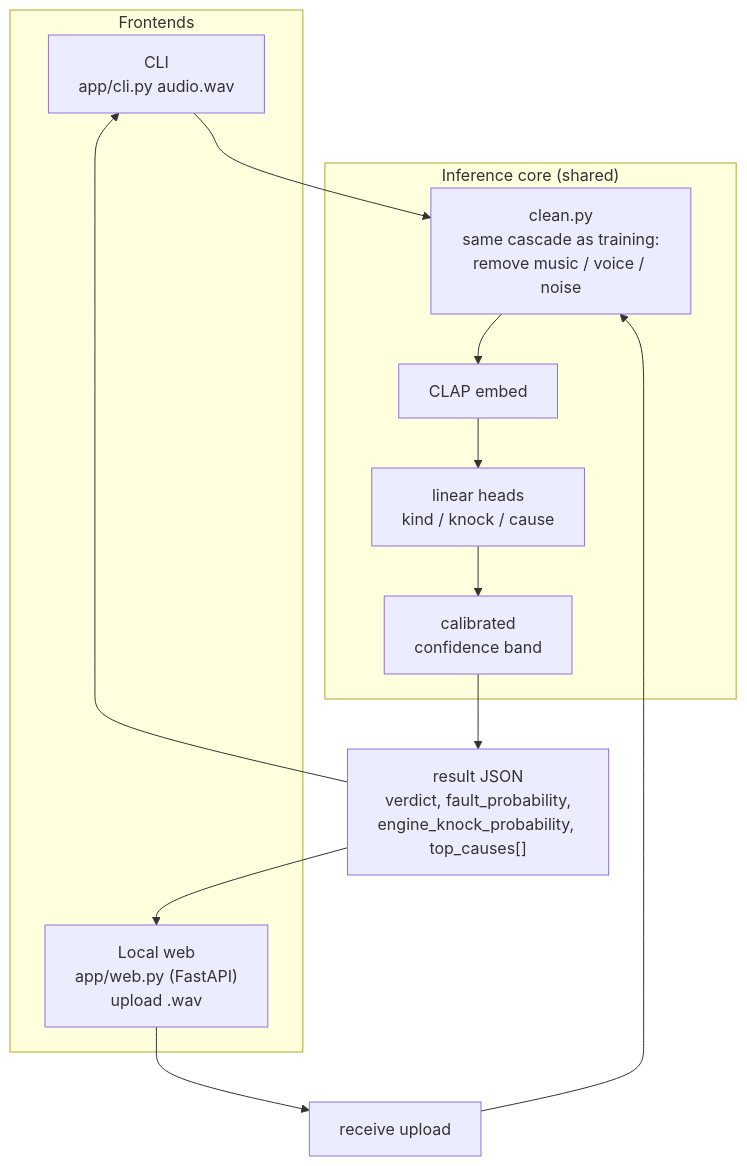
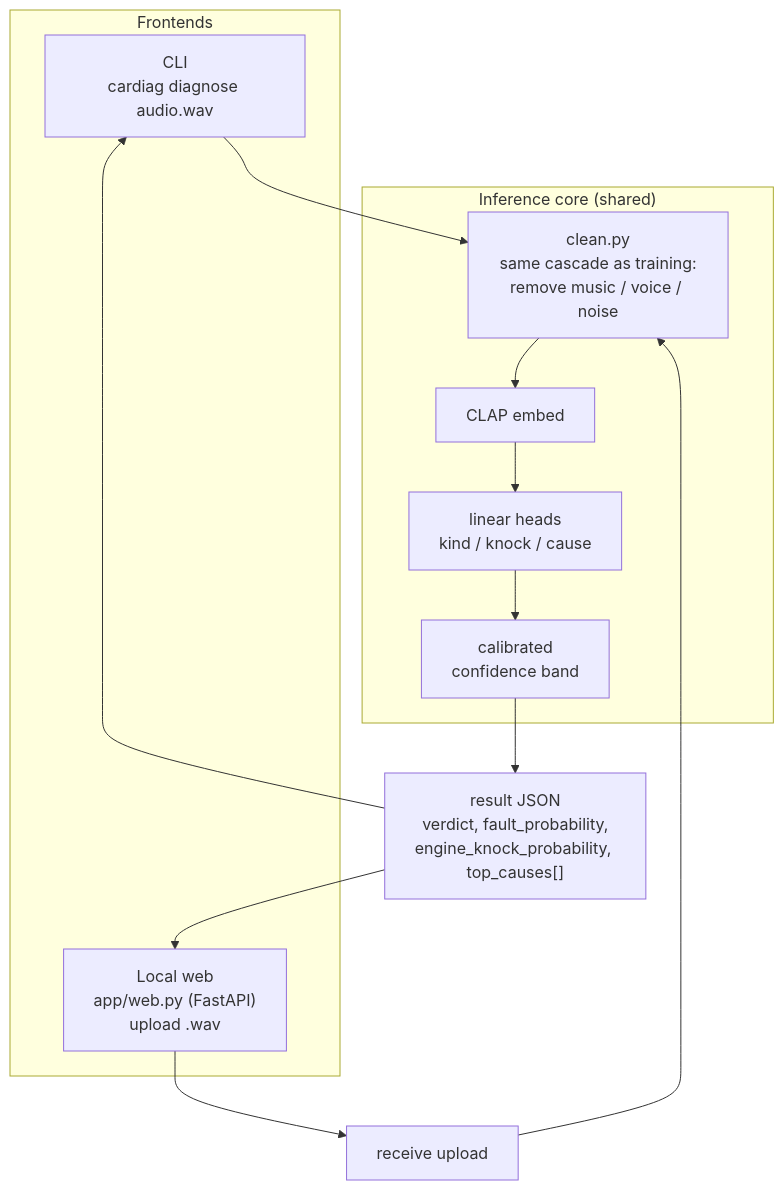
Before and after one commit to adam-s/car-diagnosis: the sixth of 7 diagrams in docs/architecture.md, drawn with Mermaid. The commit also changed other lines of this file, not shown here.

Commit message:
Docs: fix stale architecture.md (temperature not isotonic; real paths; 12 not 24 part families)

````diff
--- a/docs/architecture.md
+++ b/docs/architecture.md
@@ -157,21 +157,21 @@
 ```mermaid
 flowchart TD
     subgraph Frontends
-        CLI["CLI<br/>app/cli.py audio.wav"]
+        CLI["CLI<br/>cardiag diagnose audio.wav"]
         WEB["Local web<br/>app/web.py (FastAPI)<br/>upload .wav"]
     end
 
     CLI --> CLEAN
     WEB --> UPLOAD[receive upload] --> CLEAN
 
     subgraph Core["Inference core (shared)"]
         CLEAN["clean.py<br/>same cascade as training:<br/>remove music / voice / noise"]
         CLEAN --> EMB[CLAP embed]
         EMB --> HEADS[linear heads<br/>kind / knock / cause]
         HEADS --> BAND[calibrated<br/>confidence band]
     end
 
     BAND --> OUT["result JSON<br/>verdict, fault_probability,<br/>engine_knock_probability, top_causes[]"]
     OUT --> CLI
     OUT --> WEB
 ```
````
